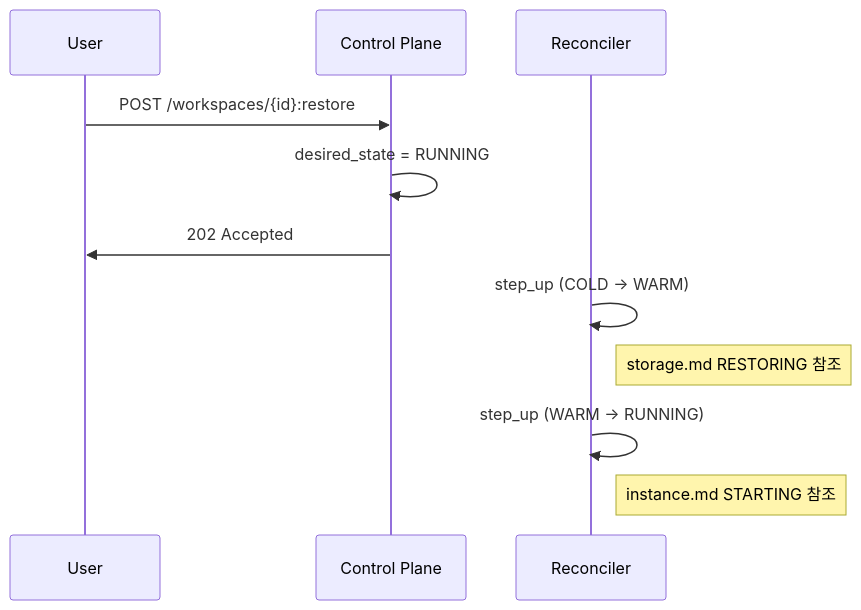
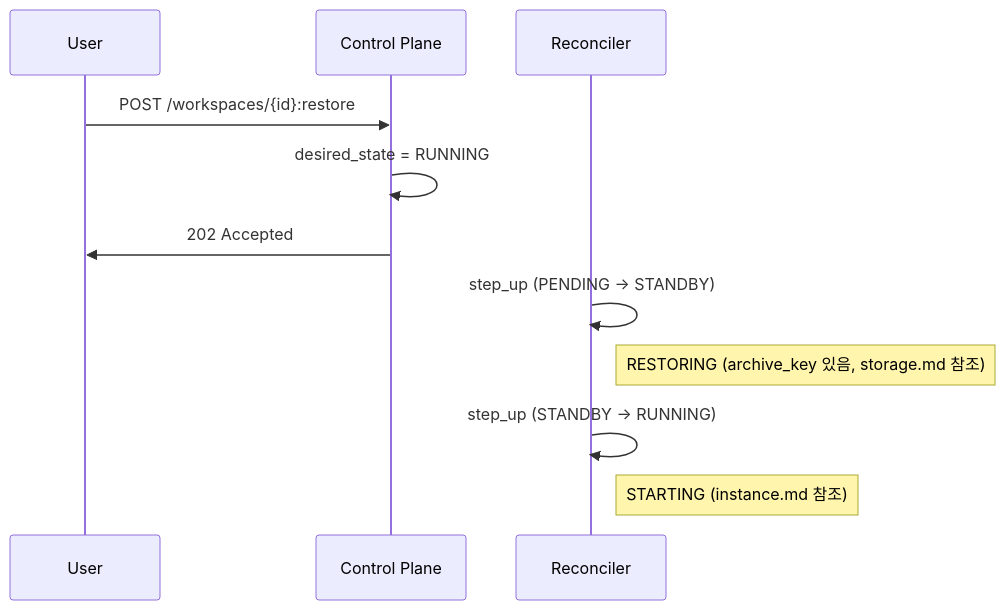
The fifth of 9 diagrams in docs/spec_v2/flows.md (cagojeiger/code-hub), drawn with Mermaid before and after one commit. The commit also changed other lines of this file and 11 other files, not shown here.

````diff
--- a/docs/spec_v2/flows.md
+++ b/docs/spec_v2/flows.md
@@ -116,15 +121,15 @@
 ```mermaid
 sequenceDiagram
     participant U as User
     participant API as Control Plane
     participant R as Reconciler
 
     U->>API: POST /workspaces/{id}:restore
     API->>API: desired_state = RUNNING
     API->>U: 202 Accepted
 
-    R->>R: step_up (COLD → WARM)
-    Note right of R: storage.md RESTORING 참조
-    R->>R: step_up (WARM → RUNNING)
-    Note right of R: instance.md STARTING 참조
+    R->>R: step_up (PENDING → STANDBY)
+    Note right of R: RESTORING (archive_key 있음, storage.md 참조)
+    R->>R: step_up (STANDBY → RUNNING)
+    Note right of R: STARTING (instance.md 참조)
 ```
````
